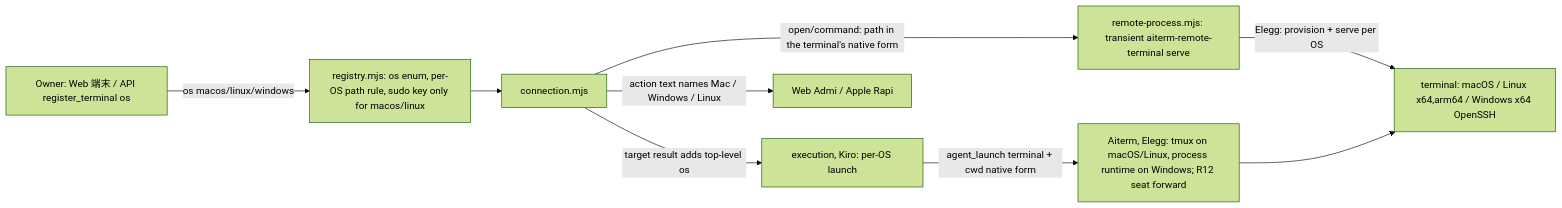
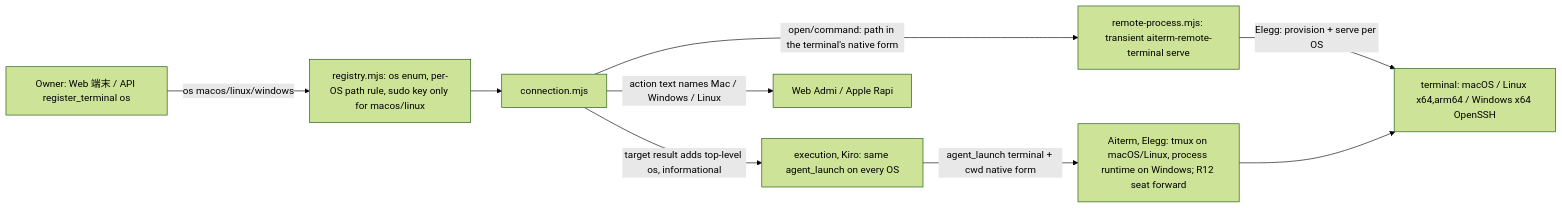
Before and after one commit to kitepon/BellTeam: the tenth of 10 diagrams in docs/architecture/modules/terminals/README.md, drawn with Mermaid (forest theme). The commit also changed other lines of this file and 8 other files, not shown here.

````diff
--- a/docs/architecture/modules/terminals/README.md
+++ b/docs/architecture/modules/terminals/README.md
@@ -441,11 +441,11 @@
 ```mermaid
 flowchart LR
   Owner[Owner: Web 端末 / API register_terminal os] -->|os macos/linux/windows| Reg[registry.mjs: os enum, per-OS path rule, sudo key only for macos/linux]
   Reg --> Conn[connection.mjs]
   Conn -->|open/command: path in the terminal's native form| Proc[remote-process.mjs: transient aiterm-remote-terminal serve]
   Proc -->|Elegg: provision + serve per OS| Term[terminal: macOS / Linux x64,arm64 / Windows x64 OpenSSH]
-  Conn -->|target result adds top-level os| Exec[execution, Kiro: per-OS launch]
+  Conn -->|target result adds top-level os, informational| Exec[execution, Kiro: same agent_launch on every OS]
   Exec -->|agent_launch terminal + cwd native form| Aiterm[Aiterm, Elegg: tmux on macOS/Linux, process runtime on Windows; R12 seat forward]
   Aiterm --> Term
   Conn -->|action text names Mac / Windows / Linux| Surfaces[Web Admi / Apple Rapi]
 ```
````
